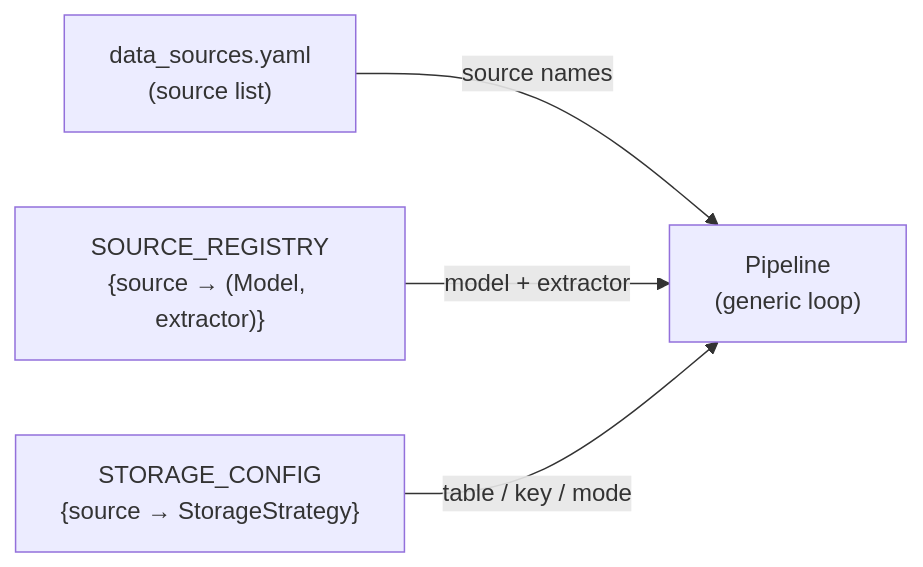
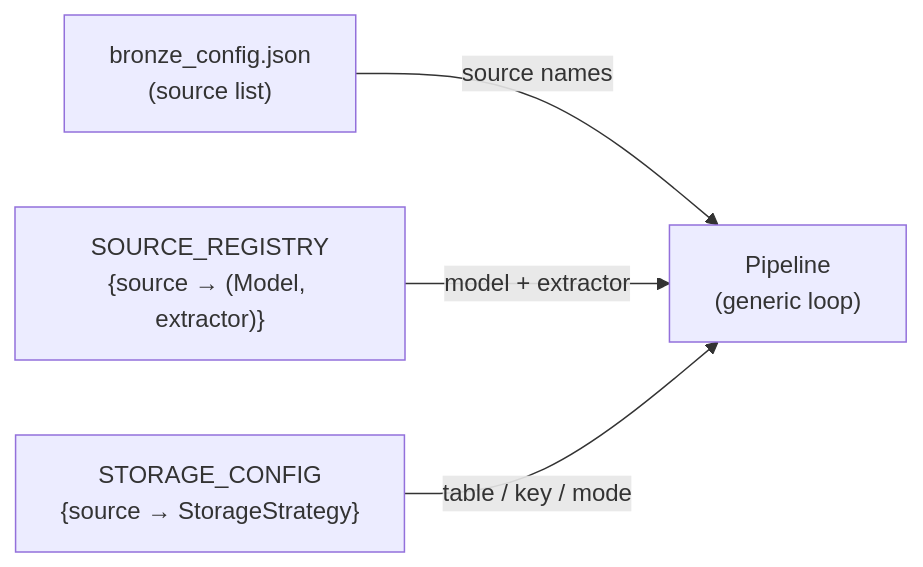
One commit to jedrzejpolaczek/aviarium.columbarius changed the diagram in docs/adr/ADR-004-registry-based-source-extensibility.md. Above: the diagram before and after it, drawn with Mermaid. The commit also changed other lines of this file and 102 other files, not shown here.

````diff
--- a/docs/adr/ADR-004-registry-based-source-extensibility.md
+++ b/docs/adr/ADR-004-registry-based-source-extensibility.md
@@ -50,11 +57,11 @@
 ```mermaid
 flowchart LR
-    YAML["data_sources.yaml\n(source list)"]
+    YAML["bronze_config.json\n(source list)"]
     REG["SOURCE_REGISTRY\n{source → (Model, extractor)}"]
     SCFG["STORAGE_CONFIG\n{source → StorageStrategy}"]
     PIPE["Pipeline\n(generic loop)"]
 
     YAML -->|source names| PIPE
     REG  -->|model + extractor| PIPE
     SCFG -->|table / key / mode| PIPE
 ```
````
